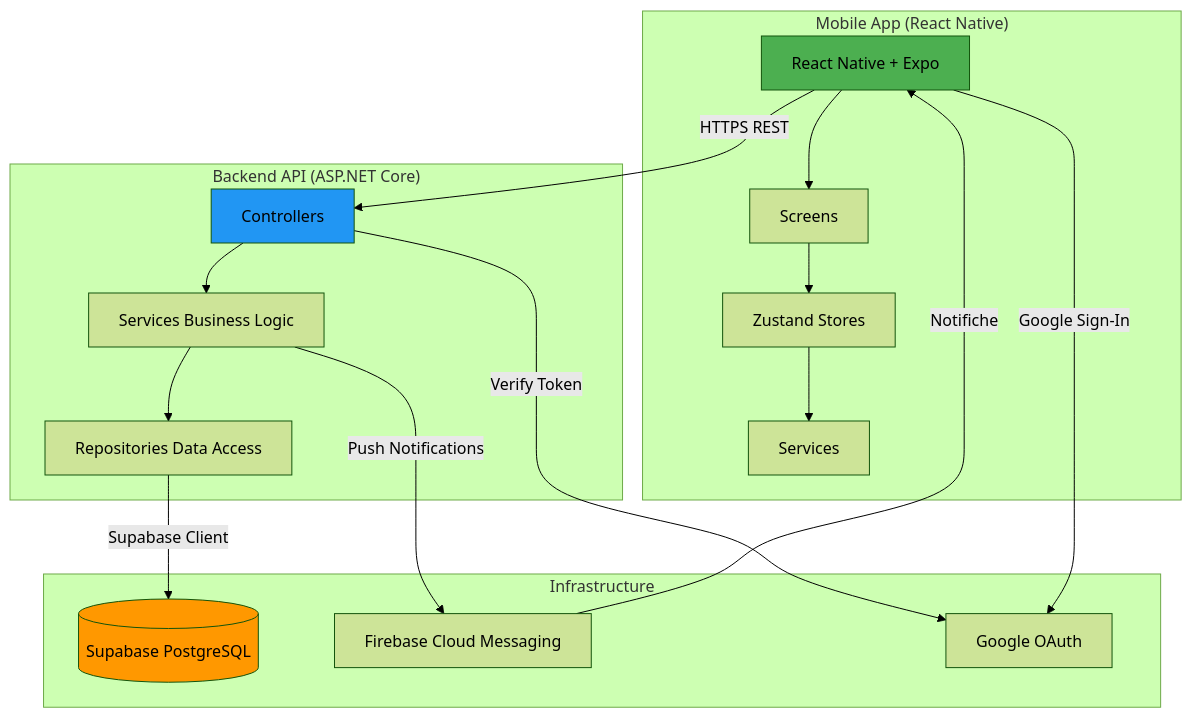
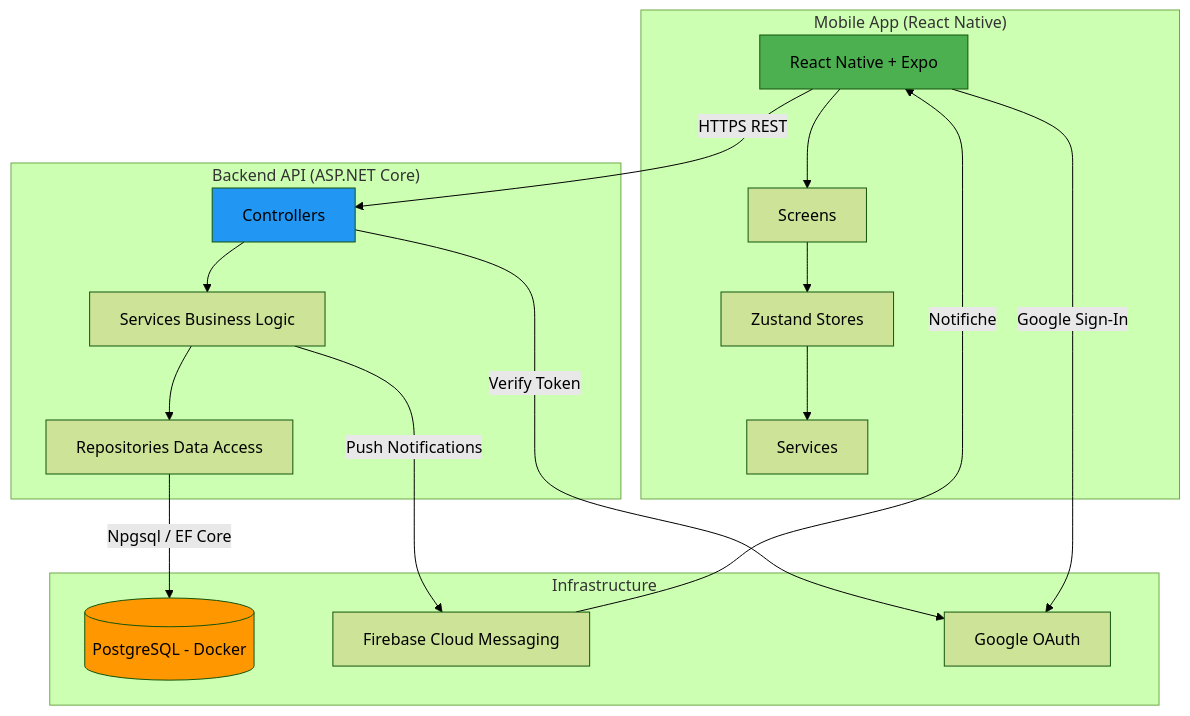
Before and after one commit to 20031781/Shared-Expense-Management-App: the first of 7 diagrams in ARCHITECTURE.md, drawn with Mermaid (forest theme). The commit also changed other lines of this file and 3 other files, not shown here.

Commit message:
Aggiorna la documentazione per PostgreSQL

````diff
--- a/ARCHITECTURE.md
+++ b/ARCHITECTURE.md
@@ -5,39 +5,39 @@
 ```mermaid
 graph TB
     subgraph "Mobile App (React Native)"
         MA[React Native + Expo]
         SC[Screens]
         ST[Zustand Stores]
         SV[Services]
 
         MA --> SC
         SC --> ST
         ST --> SV
     end
 
     subgraph "Backend API (ASP.NET Core)"
         API[Controllers]
         BL[Services Business Logic]
         REPO[Repositories Data Access]
 
         API --> BL
         BL --> REPO
     end
 
     subgraph "Infrastructure"
-        SUPABASE[(Supabase PostgreSQL)]
+        POSTGRES[(PostgreSQL - Docker)]
         FCM[Firebase Cloud Messaging]
         OAUTH[Google OAuth]
     end
 
     MA -->|HTTPS REST| API
-    REPO -->|Supabase Client| SUPABASE
+    REPO -->|Npgsql / EF Core| POSTGRES
     BL -->|Push Notifications| FCM
     API -->|Verify Token| OAUTH
     MA -->|Google Sign-In| OAUTH
     FCM -->|Notifiche| MA
 
     style MA fill:#4CAF50
     style API fill:#2196F3
-    style SUPABASE fill:#FF9800
+    style POSTGRES fill:#FF9800
 ```
````
